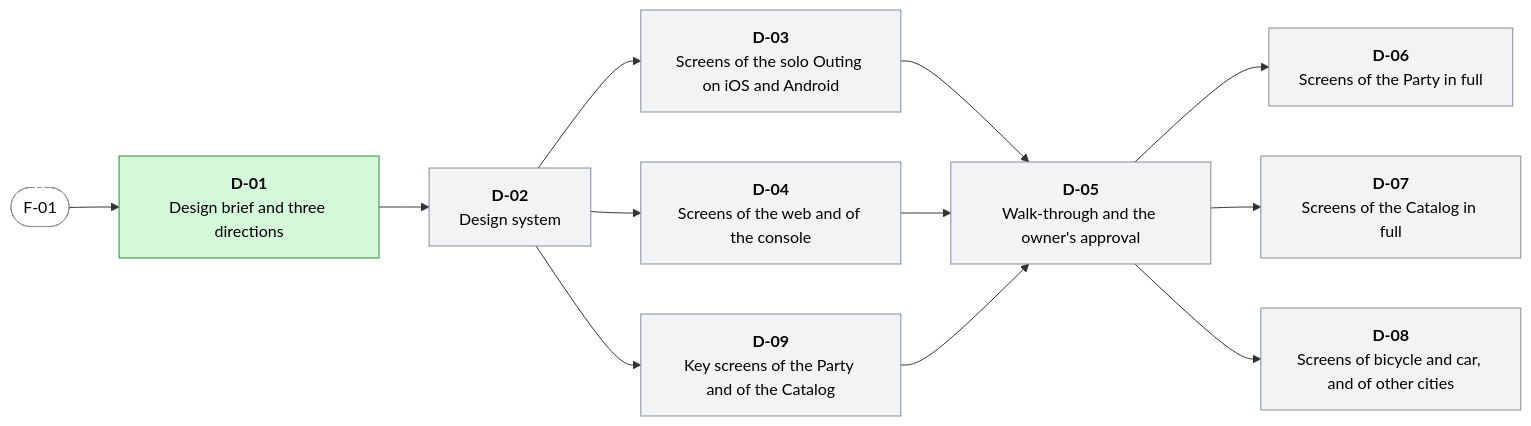
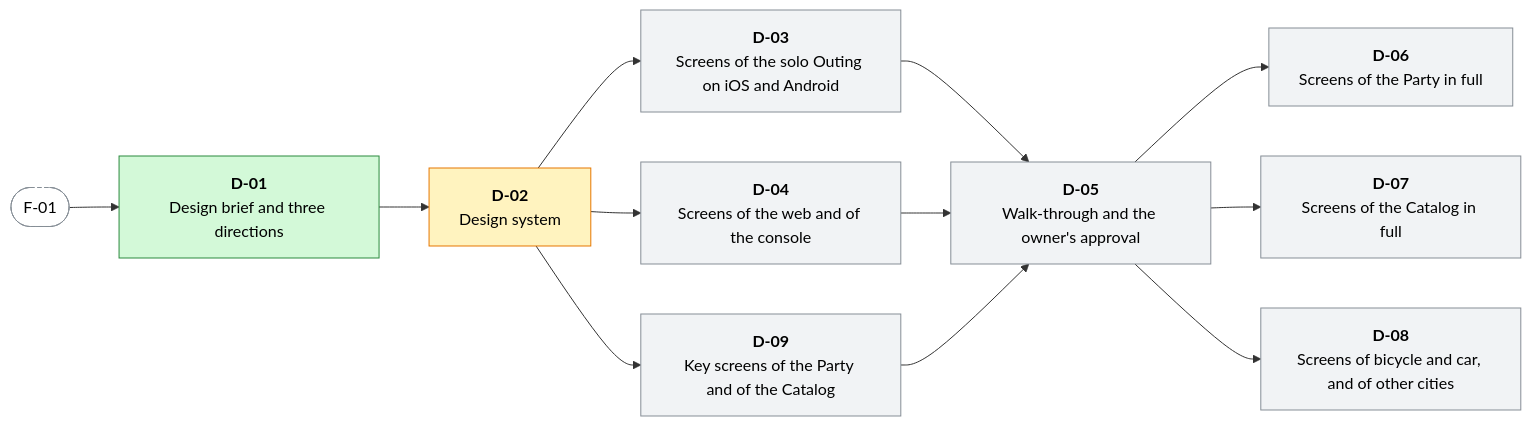
Before and after one commit to menisika/Smart-Tour-Guide-and-Itinerary-Planner: the second of 17 diagrams in docs/WORK-PLAN.md, drawn with Mermaid. The commit also changed other lines of this file, not shown here.

First line of the commit message:
docs(docs): claim the design system package

````diff
--- a/docs/WORK-PLAN.md
+++ b/docs/WORK-PLAN.md
@@ -272,29 +272,29 @@
 ```mermaid
 flowchart LR
   classDef done fill:#d3f9d8,stroke:#2b8a3e,color:#000
   classDef progress fill:#fff3bf,stroke:#e67700,color:#000
   classDef blocked fill:#ffe3e3,stroke:#c92a2a,color:#000
   classDef todo fill:#f1f3f5,stroke:#868e96,color:#000
   classDef outside fill:#ffffff,stroke:#868e96,stroke-dasharray:4 3,color:#000
   D_01["<b>D-01</b><br/>Design brief and three directions"]:::done
-  D_02["<b>D-02</b><br/>Design system"]:::todo
+  D_02["<b>D-02</b><br/>Design system"]:::progress
   D_03["<b>D-03</b><br/>Screens of the solo Outing on iOS and Android"]:::todo
   D_04["<b>D-04</b><br/>Screens of the web and of the console"]:::todo
   D_09["<b>D-09</b><br/>Key screens of the Party and of the Catalog"]:::todo
   D_05["<b>D-05</b><br/>Walk-through and the owner's approval"]:::todo
   D_06["<b>D-06</b><br/>Screens of the Party in full"]:::todo
   D_07["<b>D-07</b><br/>Screens of the Catalog in full"]:::todo
   D_08["<b>D-08</b><br/>Screens of bicycle and car, and of other cities"]:::todo
   F_01(["F-01"]):::outside
   F_01 --> D_01
   D_01 --> D_02
   D_02 --> D_03
   D_02 --> D_04
   D_02 --> D_09
   D_03 --> D_05
   D_04 --> D_05
   D_09 --> D_05
   D_05 --> D_06
   D_05 --> D_07
   D_05 --> D_08
 ```
````
